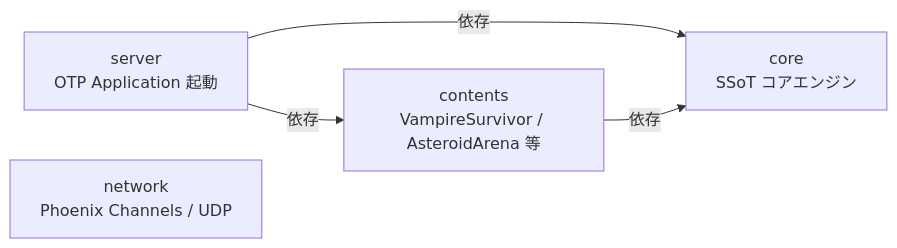
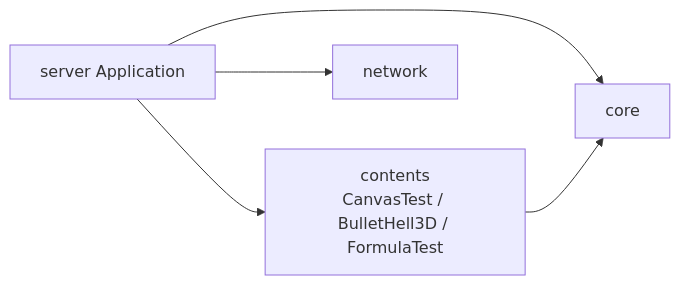
One commit to FRICK-ELDY/alchemy-engine changed the first of 2 diagrams in docs/architecture/elixir/server.md. Above: the diagram before and after it, drawn with Mermaid. The commit also changed other lines of this file and 11 other files, not shown here.

Commit message:
docs(architecture): 現行構成（Formula NIF・Elixir tick・3 コンテンツ）に合わせて更新

````diff
--- a/docs/architecture/elixir/server.md
+++ b/docs/architecture/elixir/server.md
@@ -11,11 +13,12 @@
 ```mermaid
 graph LR
-    GS[server<br/>OTP Application 起動]
-    GE[core<br/>SSoT コアエンジン]
-    GC[contents<br/>VampireSurvivor / AsteroidArena 等]
-    GN[network<br/>Phoenix Channels / UDP]
+    GS[server Application]
+    GE[core]
+    GC["contents<br/>CanvasTest / BulletHell3D / FormulaTest"]
+    GN[network]
 
-    GS -->|依存| GE
-    GS -->|依存| GC
-    GC -->|依存| GE
+    GS --> GE
+    GS --> GC
+    GS --> GN
+    GC --> GE
 ```
````
